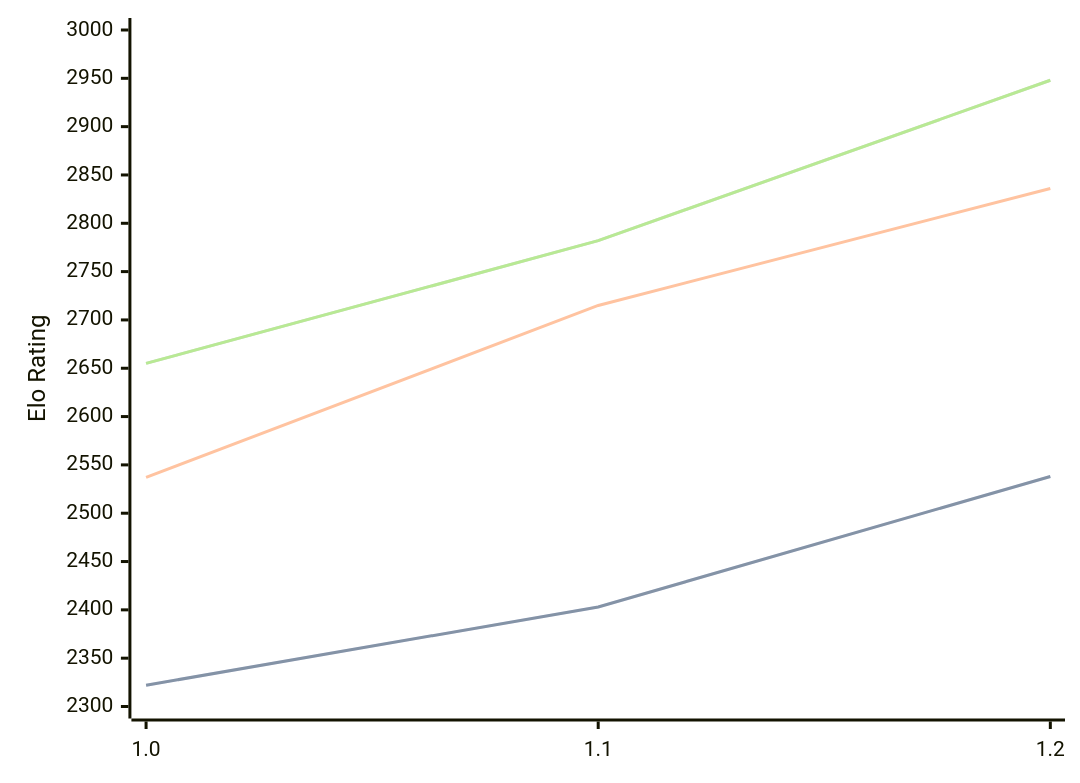
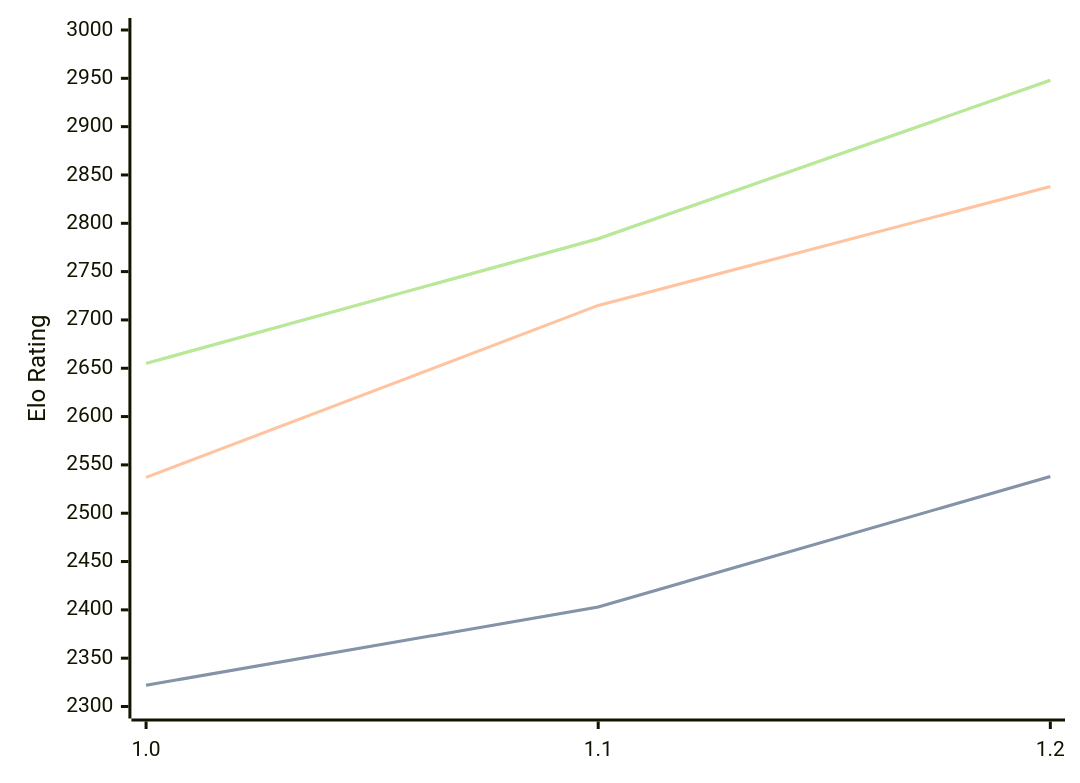
One commit to computer-chess-index/cci changed the diagram in engines/FoxChess.md. Above: the diagram before and after it, drawn with Mermaid. The commit also changed other lines of this file, not shown here.

Commit message:
Update CCI Ratings (ELO VLTC) - 2026-09-27

````diff
--- a/engines/FoxChess.md
+++ b/engines/FoxChess.md
@@ -33,11 +33,11 @@
 ```mermaid
 %%{init: {"theme":"base","themeVariables":{"seriesColors:['#a3a3a3','#222221','#faa371']}}}%%
 xychart-beta
   x-axis ["1.0", "1.1", "1.2"]
   y-axis "Elo Rating" 2300 --> 3000
   line "" [2322, 2403, 2538]
   line "STC (8.0+0.08s)" [2322, 2403, 2538]
-  line "LTC (60.0+0.60s)" [2537, 2715, 2836]
-  line "" [2655, 2782, 2948]
-  line "VLTC (2m24s+1.12s)" [2655, 2782, 2948]
+  line "LTC (60.0+0.60s)" [2537, 2715, 2838]
+  line "" [2655, 2784, 2948]
+  line "VLTC (2m24s+1.12s)" [2655, 2784, 2948]
 ```
````
